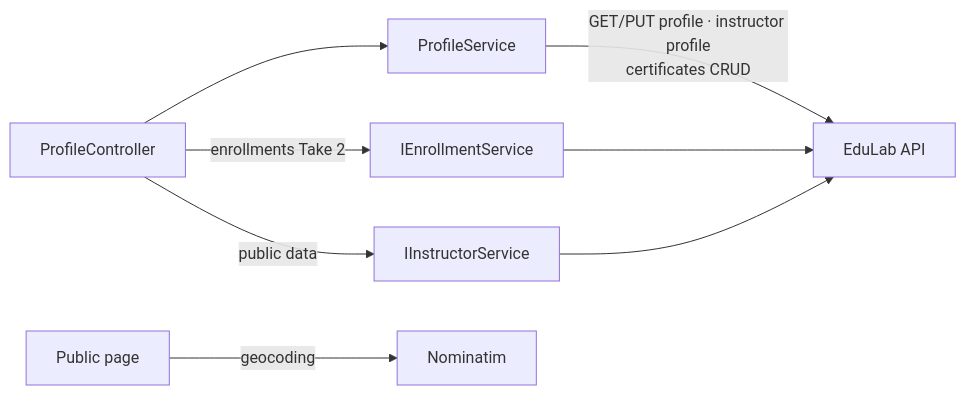
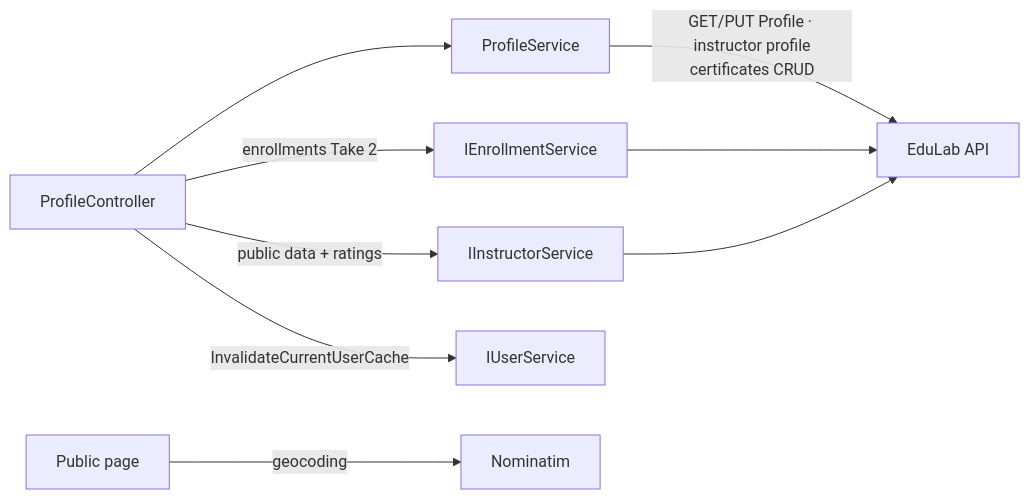
The fourth of 4 diagrams in Documentation/Modules/MVC/Learner/ProfileController.md (MohamedGasser15/Education-Lab), drawn with Mermaid before and after one commit. The commit also changed other lines of this file and 20 other files, not shown here.

Commit message:
docs(modules): update system architecture and module documentation

````diff
--- a/Documentation/Modules/MVC/Learner/ProfileController.md
+++ b/Documentation/Modules/MVC/Learner/ProfileController.md
@@ -226,8 +233,9 @@
 ```mermaid
 flowchart LR
     P[ProfileController] --> S[ProfileService]
-    S -->|GET/PUT profile · instructor profile<br/>certificates CRUD| API[EduLab API]
+    S -->|GET/PUT Profile · instructor profile<br/>certificates CRUD| API[EduLab API]
     P -->|enrollments Take 2| E[IEnrollmentService] --> API
-    P -->|public data| I[IInstructorService] --> API
+    P -->|public data + ratings| I[IInstructorService] --> API
+    P -->|InvalidateCurrentUserCache| U[IUserService]
     V[Public page] -->|geocoding| N[Nominatim]
 ```
````
